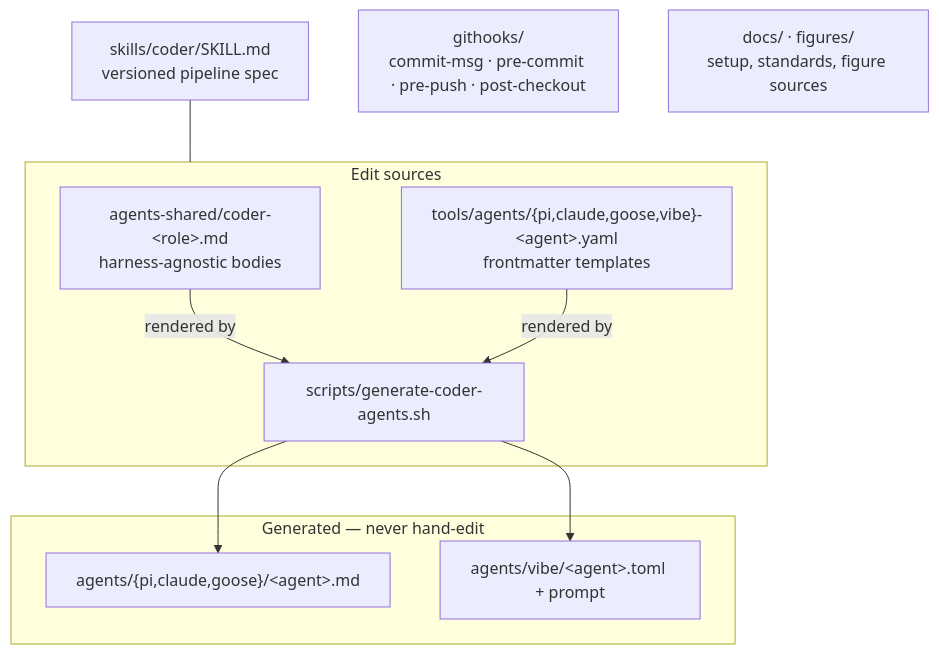
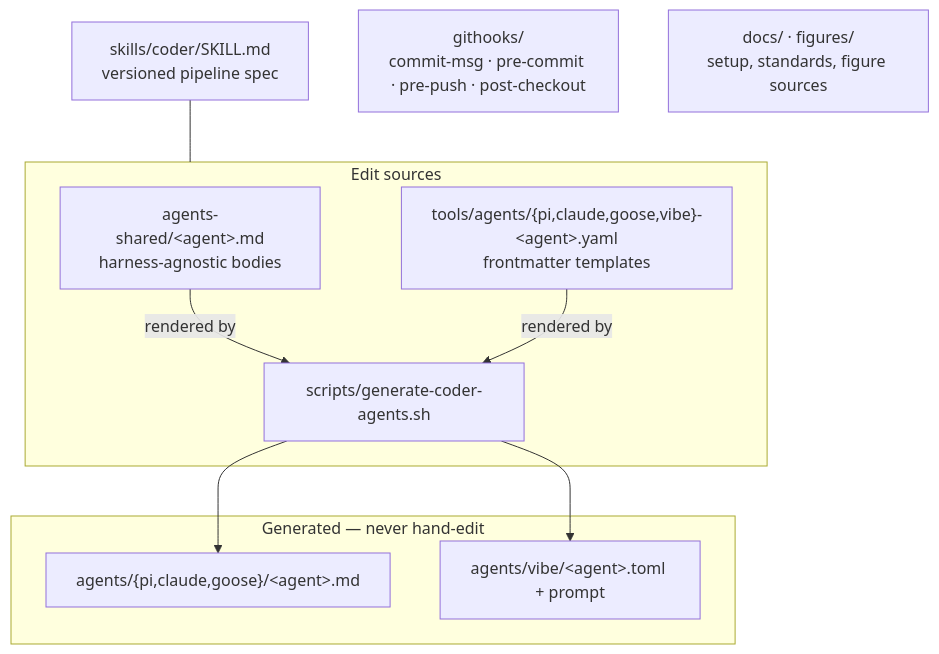
Before and after one commit to clouatre-labs/agentic-coder-skill: the second of 2 diagrams in README.md, drawn with Mermaid. The commit also changed other lines of this file, not shown here.

Commit message:
docs(readme): align diagrams and harness notes with prose-polish and vibe

````diff
--- a/README.md
+++ b/README.md
@@ -147,20 +147,20 @@
 ```mermaid
 flowchart TD
     SKILL["skills/coder/SKILL.md\nversioned pipeline spec"]
     subgraph src[Edit sources]
-        SHARED["agents-shared/coder-&lt;role&gt;.md\nharness-agnostic bodies"]
+        SHARED["agents-shared/&lt;agent&gt;.md\nharness-agnostic bodies"]
         TMPL["tools/agents/{pi,claude,goose,vibe}-&lt;agent&gt;.yaml\nfrontmatter templates"]
         GENSCRIPT["scripts/generate-coder-agents.sh"]
     end
     subgraph out[Generated — never hand-edit]
         API["agents/{pi,claude,goose}/&lt;agent&gt;.md"]
         AVIBE["agents/vibe/&lt;agent&gt;.toml + prompt"]
     end
     HOOKS["githooks/\ncommit-msg · pre-commit · pre-push · post-checkout"]
     DOCS["docs/ · figures/\nsetup, standards, figure sources"]
     SHARED -->|rendered by| GENSCRIPT
     TMPL -->|rendered by| GENSCRIPT
     GENSCRIPT --> API
     GENSCRIPT --> AVIBE
     SKILL --- src
 ```
````
